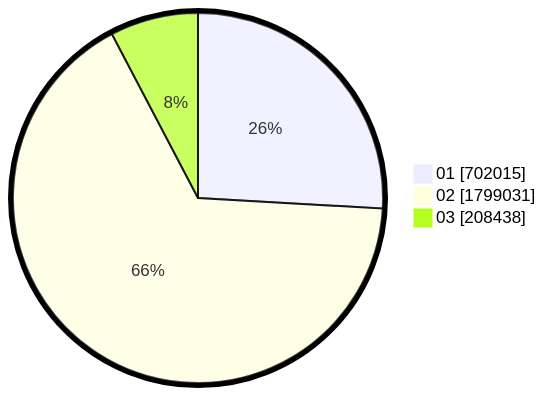
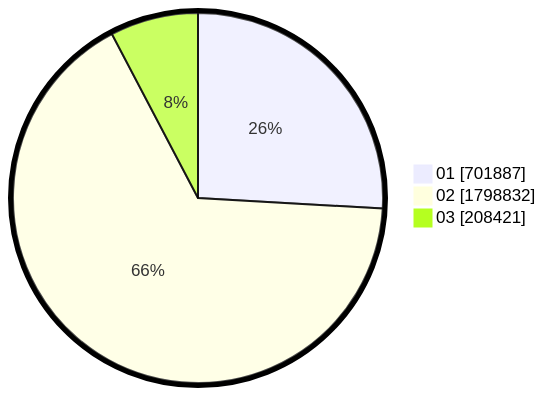
One commit to gigit-pemilu/pemilu-2024 changed the second of 2 diagrams in pilpres/hitung-suara/sub/table-wilayah-52.md. Above: the diagram before and after it, drawn with Mermaid. The commit also changed other lines of this file and 6 other files, not shown here.

````diff
--- a/pilpres/hitung-suara/sub/table-wilayah-52.md
+++ b/pilpres/hitung-suara/sub/table-wilayah-52.md
@@ -15,7 +15,7 @@
 ```mermaid
 %%{init: {"pie": {"textPosition": 0.5}, "themeVariables": {"pieOuterStrokeWidth": "5px"}} }%%
 pie showData
-    "01" : 702015
-    "02" : 1799031
-    "03" : 208438
+    "01" : 701887
+    "02" : 1798832
+    "03" : 208421
 ```
````
